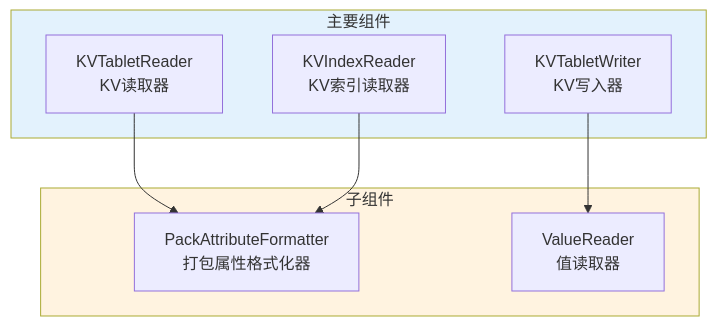
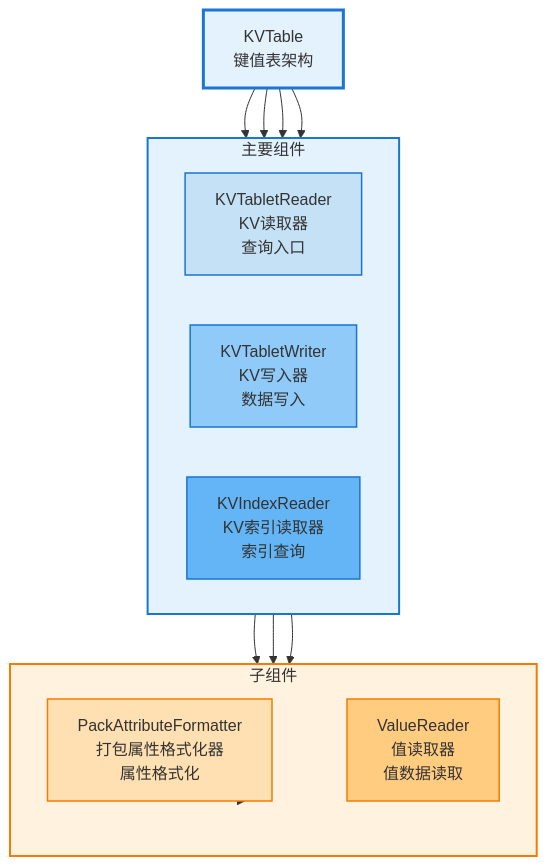
One commit to zhouzhilong-commits/zhouzhilong-commits.github.io changed the tenth of 28 diagrams in _posts/2025-07-14-indexlib-8-index-types.md. Above: the diagram before and after it, drawn with Mermaid. The commit also changed other lines of this file and 6 other files, not shown here.

````diff
--- a/_posts/2025-07-14-indexlib-8-index-types.md
+++ b/_posts/2025-07-14-indexlib-8-index-types.md
@@ -492,20 +560,37 @@
 ```mermaid
 flowchart TD
+    KVTable[KVTable<br/>键值表架构] --> Main
+    
     subgraph Main["主要组件"]
-        A["KVTabletReader<br/>KV读取器"]
-        B["KVTabletWriter<br/>KV写入器"]
-        C["KVIndexReader<br/>KV索引读取器"]
+        direction LR
+        A[KVTabletReader<br/>KV读取器<br/>查询入口]
+        B[KVTabletWriter<br/>KV写入器<br/>数据写入]
+        C[KVIndexReader<br/>KV索引读取器<br/>索引查询]
     end
     
+    KVTable --> A
+    KVTable --> B
+    KVTable --> C
+    
+    A --> Sub1
+    B --> Sub2
+    C --> Sub1
+    
     subgraph Sub["子组件"]
-        D["PackAttributeFormatter<br/>打包属性格式化器"]
-        E["ValueReader<br/>值读取器"]
+        direction LR
+        Sub1[PackAttributeFormatter<br/>打包属性格式化器<br/>属性格式化]
+        Sub2[ValueReader<br/>值读取器<br/>值数据读取]
     end
     
-    A --> D
-    B --> E
-    C --> D
+    Sub --> Sub1
+    Sub --> Sub2
     
-    style Main fill:#e3f2fd
-    style Sub fill:#fff3e0
+    style KVTable fill:#e3f2fd,stroke:#1976d2,stroke-width:3px
+    style Main fill:#e3f2fd,stroke:#1976d2,stroke-width:2px
+    style A fill:#c5e1f5,stroke:#1976d2,stroke-width:1.5px
+    style B fill:#90caf9,stroke:#1976d2,stroke-width:1.5px
+    style C fill:#64b5f6,stroke:#1976d2,stroke-width:1.5px
+    style Sub fill:#fff3e0,stroke:#f57c00,stroke-width:2px
+    style Sub1 fill:#ffe0b2,stroke:#f57c00,stroke-width:1.5px
+    style Sub2 fill:#ffcc80,stroke:#f57c00,stroke-width:1.5px
 ```
````
